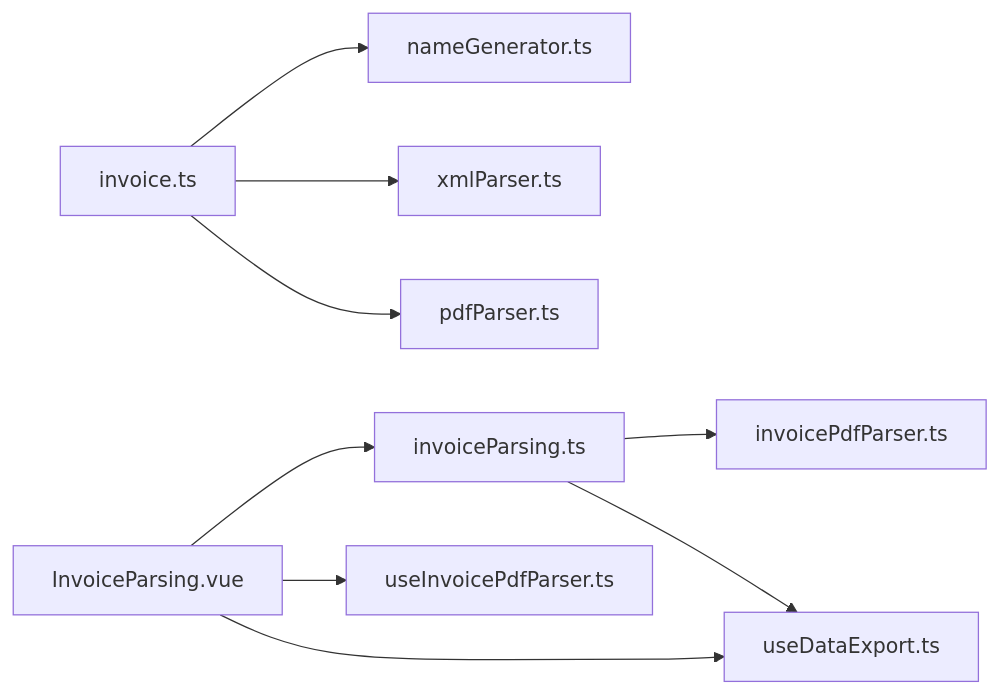
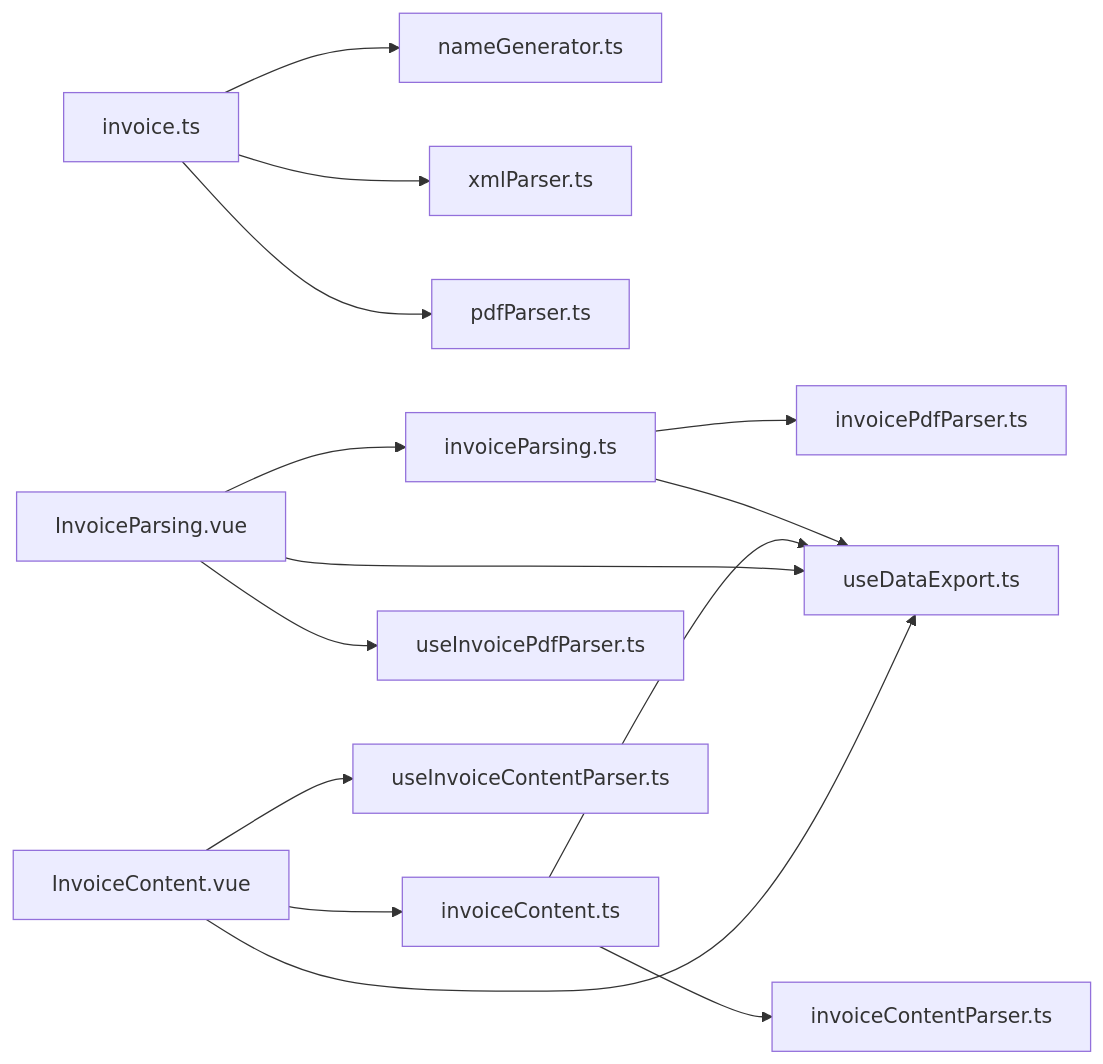
One commit to dunhuixiao/FinanceTools changed the seventh of 7 diagrams in .qoder/repowiki/zh/content/状态管理设计/状态管理设计.md. Above: the diagram before and after it, drawn with Mermaid. The commit also changed other lines of this file and 20 other files, not shown here.

````diff
--- a/.qoder/repowiki/zh/content/状态管理设计/状态管理设计.md
+++ b/.qoder/repowiki/zh/content/状态管理设计/状态管理设计.md
@@ -377,11 +517,16 @@
 ```mermaid
 graph LR
 INV_STORE["invoice.ts"] --> NAMEGEN["nameGenerator.ts"]
 INV_STORE --> XMLUTIL["xmlParser.ts"]
 INV_STORE --> PDFUTIL["pdfParser.ts"]
 INV_PARSE_STORE["invoiceParsing.ts"] --> INVOICE_PDF_UTIL["invoicePdfParser.ts"]
 INV_PARSE_STORE --> EXPORT["useDataExport.ts"]
-VIEW["InvoiceParsing.vue"] --> INV_PARSE_STORE
-VIEW --> PDF_PARSER["useInvoicePdfParser.ts"]
-VIEW --> EXPORT
+INV_CONTENT_STORE["invoiceContent.ts"] --> INVOICE_CONTENT_UTIL["invoiceContentParser.ts"]
+INV_CONTENT_STORE --> EXPORT
+VIEW1["InvoiceParsing.vue"] --> INV_PARSE_STORE
+VIEW1 --> PDF_PARSER["useInvoicePdfParser.ts"]
+VIEW1 --> EXPORT
+VIEW2["InvoiceContent.vue"] --> INV_CONTENT_STORE
+VIEW2 --> CONTENT_PARSER["useInvoiceContentParser.ts"]
+VIEW2 --> EXPORT
 ```
````
